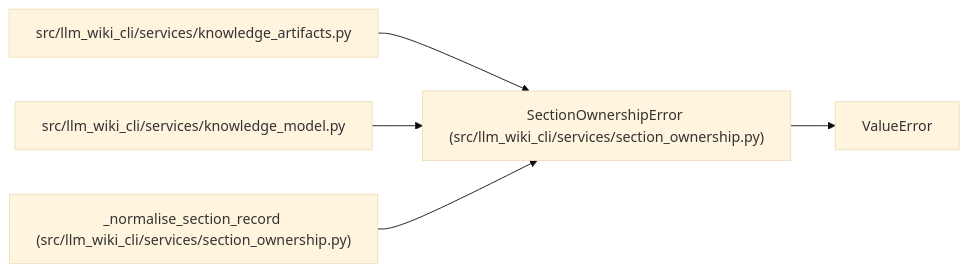
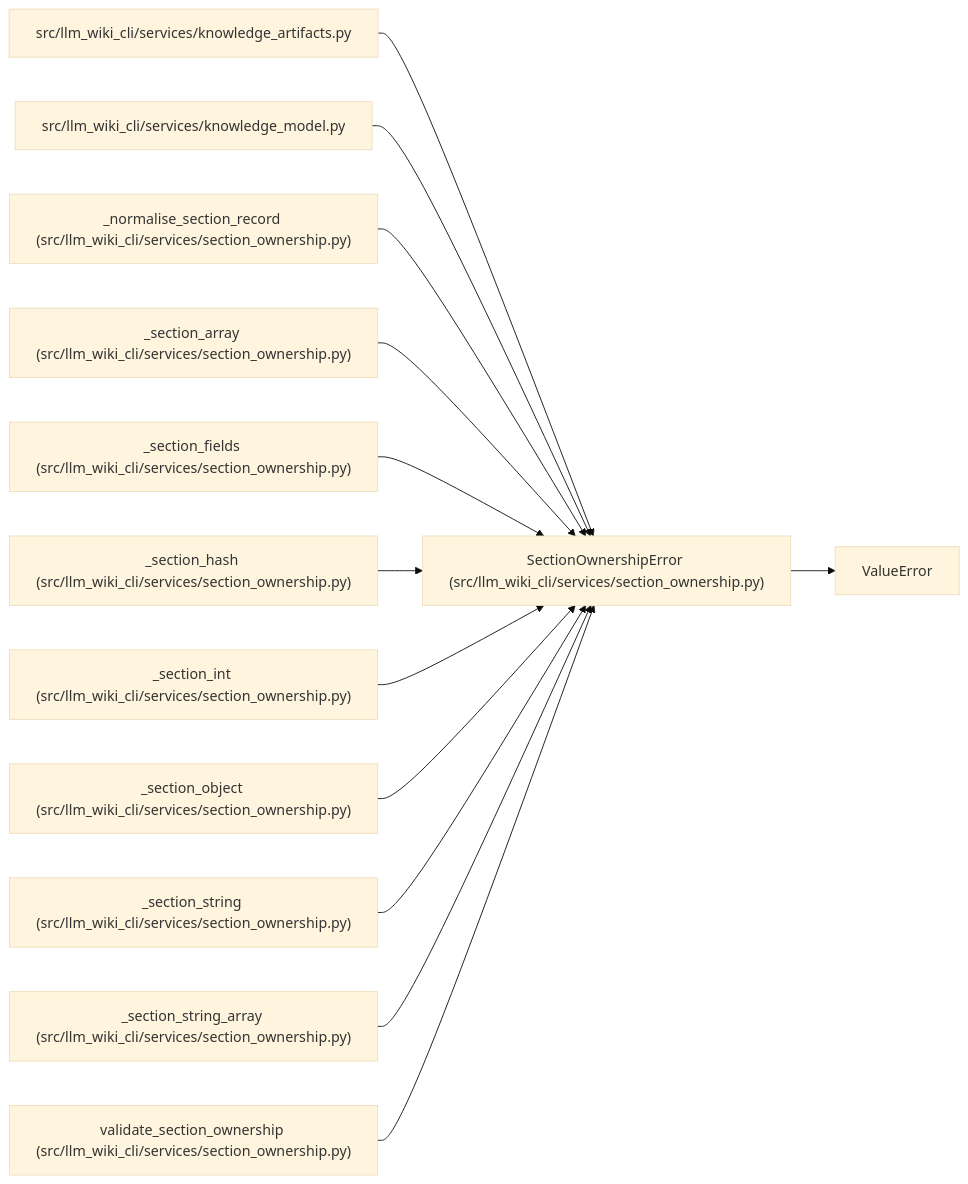
One commit to Denissvgn/python-wiki-llm changed the diagram in docs/llm_wiki/entities/SectionOwnershipError.md. Above: the diagram before and after it, drawn with Mermaid (base theme). The commit also changed other lines of this file and 493 other files, not shown here.

````diff
--- a/docs/llm_wiki/entities/SectionOwnershipError.md
+++ b/docs/llm_wiki/entities/SectionOwnershipError.md
@@ -25,16 +25,40 @@
 ```mermaid
 flowchart LR
     n0["SectionOwnershipError (src/llm_wiki_cli/services/section_ownership.py)"]
     n1["ValueError"]
     n2["src/llm_wiki_cli/services/knowledge_artifacts.py"]
     n3["src/llm_wiki_cli/services/knowledge_model.py"]
     n4["_normalise_section_record (src/llm_wiki_cli/services/section_ownership.py)"]
+    n5["_section_array (src/llm_wiki_cli/services/section_ownership.py)"]
+    n6["_section_fields (src/llm_wiki_cli/services/section_ownership.py)"]
+    n7["_section_hash (src/llm_wiki_cli/services/section_ownership.py)"]
+    n8["_section_int (src/llm_wiki_cli/services/section_ownership.py)"]
+    n9["_section_object (src/llm_wiki_cli/services/section_ownership.py)"]
+    n10["_section_string (src/llm_wiki_cli/services/section_ownership.py)"]
+    n11["_section_string_array (src/llm_wiki_cli/services/section_ownership.py)"]
+    n12["validate_section_ownership (src/llm_wiki_cli/services/section_ownership.py)"]
     n0 --> n1
     n2 --> n0
     n3 --> n0
     n4 --> n0
+    n5 --> n0
+    n6 --> n0
+    n7 --> n0
+    n8 --> n0
+    n9 --> n0
+    n10 --> n0
+    n11 --> n0
+    n12 --> n0
     click n0 "../modules/section_ownership.md"
     click n2 "../modules/knowledge_artifacts.md"
     click n3 "../modules/knowledge_model.md"
     click n4 "../modules/section_ownership.md"
+    click n5 "../modules/section_ownership.md"
+    click n6 "../modules/section_ownership.md"
+    click n7 "../modules/section_ownership.md"
+    click n8 "../modules/section_ownership.md"
+    click n9 "../modules/section_ownership.md"
+    click n10 "../modules/section_ownership.md"
+    click n11 "../modules/section_ownership.md"
+    click n12 "../modules/section_ownership.md"
 ```
````
